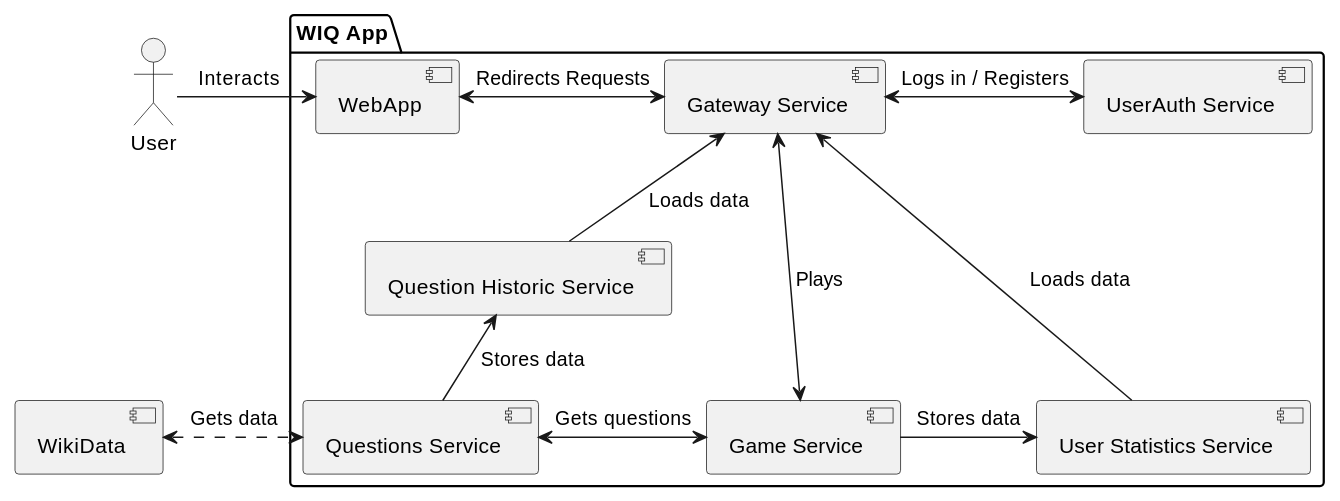
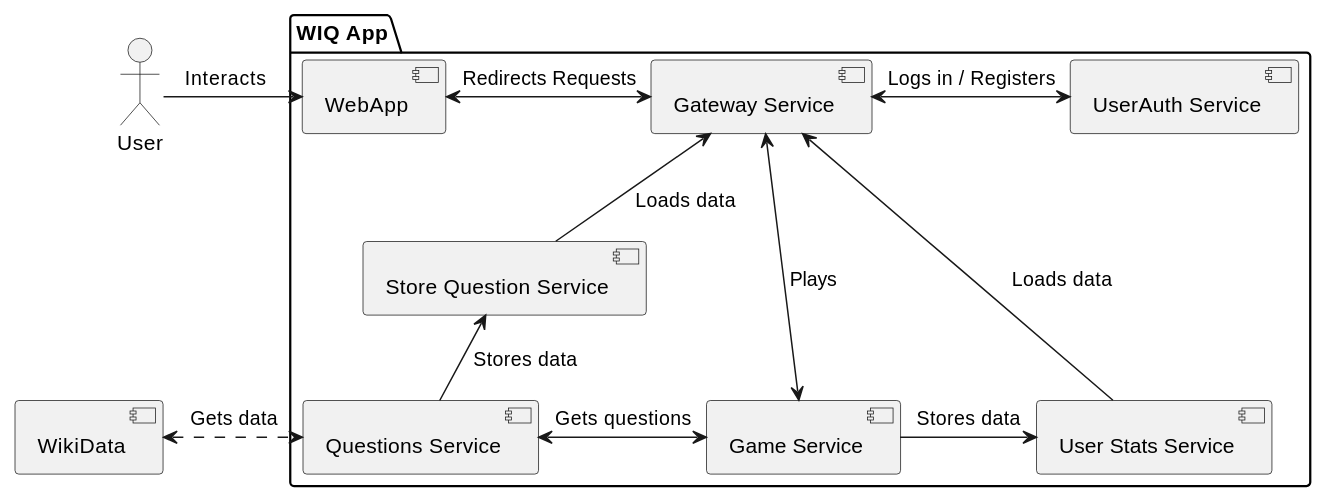
Before and after one commit to Arquisoft/wiq_es6c: the second of 3 diagrams in docs/src/05_building_block_view.adoc, drawn with PlantUML. The commit also changed other lines of this file and 1 other file, not shown here.

Commit message:
Corregidos nombres y puertos en los diagramas de construcción y despliegue

```diff
--- a/docs/src/05_building_block_view.adoc
+++ b/docs/src/05_building_block_view.adoc
@@ -39,18 +39,18 @@
 [plantuml,"Level 2 Diagram",png]
 ----
 !pragma layout smetana
 
 :User:
 package "WIQ App" {
 :User: -> [WebApp] : " Interacts    "
 [WebApp] <-> [Gateway Service] : Redirects Requests
 [Gateway Service] <--down-> [Game Service] : Plays
-[Gateway Service] <-- [Question Historic Service] : Loads data
-[Gateway Service] <-- [User Statistics Service] : Loads data
+[Gateway Service] <-- [Store Question Service] : Loads data
+[Gateway Service] <-- [User Stats Service] : Loads data
 [Gateway Service] <-> [UserAuth Service] : Logs in / Registers
-[Game Service] -> [User Statistics Service] : Stores data
+[Game Service] -> [User Stats Service] : Stores data
 [Game Service] <-left-> [Questions Service] : Gets questions
-[Questions Service] -up-> [Question Historic Service] : Stores data
+[Questions Service] -up-> [Store Question Service] : Stores data
 }
 [Questions Service] <.left.> [WikiData] : "  Gets data  "
 ----
```
